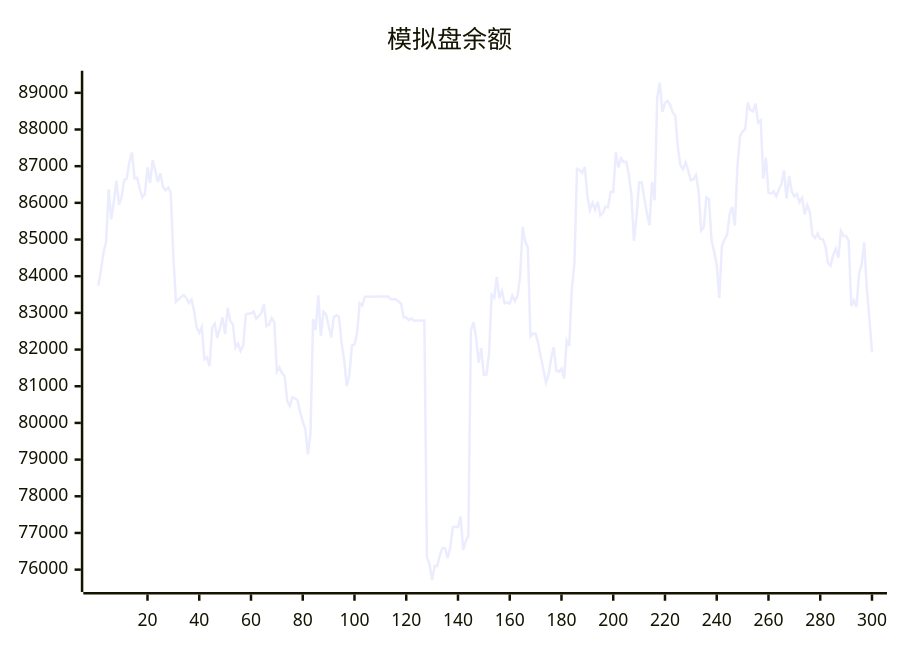
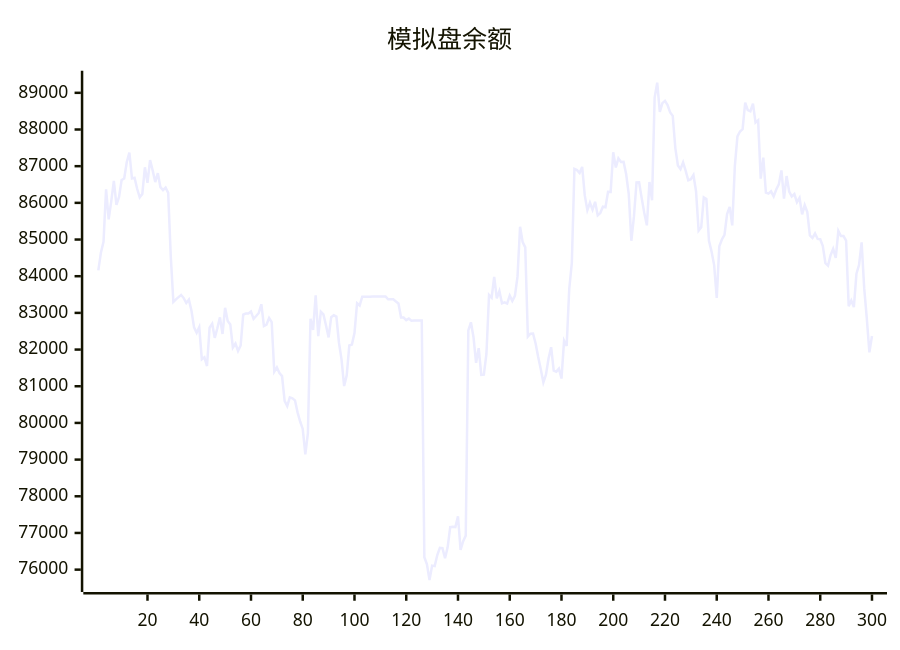
The diagram in README.md (aahl/ai-trading), drawn with Mermaid before and after one commit. The commit also changed other lines of this file and 1 other file, not shown here.

````diff
--- a/README.md
+++ b/README.md
@@ -5,5 +5,5 @@
 ```mermaid
 xychart
     title "模拟盘余额"
-    line [83738,84160,84639,84939,86370,85548,86046,86599,85942,86161,86622,86664,87115,87369,86666,86685,86384,86152,86243,86969,86548,87164,86885,86566,86809,86427,86348,86417,86273,84538,83299,83369,83430,83490,83404,83270,83362,83056,82605,82459,82614,81734,81788,81551,82598,82702,82320,82580,82878,82426,83139,82778,82686,82056,82166,81963,82110,82951,82983,82984,83038,82838,82915,82998,83235,82642,82682,82858,82746,81396,81512,81362,81277,80600,80461,80699,80673,80616,80288,80038,79836,79142,79722,82837,82533,83480,82366,83032,82960,82654,82330,82883,82934,82901,82188,81728,81005,81298,82110,82135,82449,83264,83203,83440,83439,83440,83440,83446,83447,83448,83447,83448,83449,83369,83369,83369,83313,83256,82872,82873,82801,82844,82785,82791,82791,82793,82794,76339,76145,75714,76110,76096,76397,76594,76585,76310,76607,77160,77170,77160,77456,76541,76774,76927,82520,82744,82337,81639,82040,81307,81314,81887,83490,83414,83984,83396,83594,83261,83287,83253,83470,83327,83465,83987,85348,84930,84786,82355,82433,82438,82167,81795,81466,81105,81315,81756,82064,81426,81398,81481,81210,82242,82099,83658,84359,86925,86892,86814,86980,86203,85802,86003,85811,86028,85657,85721,85896,85880,86300,86299,87378,86965,87214,87115,87118,86780,86238,84966,85623,86555,86562,86129,85722,85387,86569,86070,88870,89278,88477,88720,88781,88668,88467,88372,87493,87018,86917,87102,86870,86613,86644,86758,86317,85242,85334,86149,86106,84968,84671,84302,83410,84816,85001,85127,85693,85891,85384,87001,87811,87945,88007,88734,88528,88495,88705,88189,88248,86662,87234,86279,86251,86314,86177,86364,86503,86886,86114,86731,86310,86176,86240,86017,86136,85685,85938,85749,85111,85044,85164,85016,85008,84824,84354,84287,84572,84745,84500,85234,85096,85095,84970,83180,83338,83157,84070,84309,84922,83667,82850,81924]
+    line [84160,84639,84939,86370,85548,86046,86599,85942,86161,86622,86664,87115,87369,86666,86685,86384,86152,86243,86969,86548,87164,86885,86566,86809,86427,86348,86417,86273,84538,83299,83369,83430,83490,83404,83270,83362,83056,82605,82459,82614,81734,81788,81551,82598,82702,82320,82580,82878,82426,83139,82778,82686,82056,82166,81963,82110,82951,82983,82984,83038,82838,82915,82998,83235,82642,82682,82858,82746,81396,81512,81362,81277,80600,80461,80699,80673,80616,80288,80038,79836,79142,79722,82837,82533,83480,82366,83032,82960,82654,82330,82883,82934,82901,82188,81728,81005,81298,82110,82135,82449,83264,83203,83440,83439,83440,83440,83446,83447,83448,83447,83448,83449,83369,83369,83369,83313,83256,82872,82873,82801,82844,82785,82791,82791,82793,82794,76339,76145,75714,76110,76096,76397,76594,76585,76310,76607,77160,77170,77160,77456,76541,76774,76927,82520,82744,82337,81639,82040,81307,81314,81887,83490,83414,83984,83396,83594,83261,83287,83253,83470,83327,83465,83987,85348,84930,84786,82355,82433,82438,82167,81795,81466,81105,81315,81756,82064,81426,81398,81481,81210,82242,82099,83658,84359,86925,86892,86814,86980,86203,85802,86003,85811,86028,85657,85721,85896,85880,86300,86299,87378,86965,87214,87115,87118,86780,86238,84966,85623,86555,86562,86129,85722,85387,86569,86070,88870,89278,88477,88720,88781,88668,88467,88372,87493,87018,86917,87102,86870,86613,86644,86758,86317,85242,85334,86149,86106,84968,84671,84302,83410,84816,85001,85127,85693,85891,85384,87001,87811,87945,88007,88734,88528,88495,88705,88189,88248,86662,87234,86279,86251,86314,86177,86364,86503,86886,86114,86731,86310,86176,86240,86017,86136,85685,85938,85749,85111,85044,85164,85016,85008,84824,84354,84287,84572,84745,84500,85234,85096,85095,84970,83180,83338,83157,84070,84309,84922,83667,82850,81924,82369]
 ```
````
